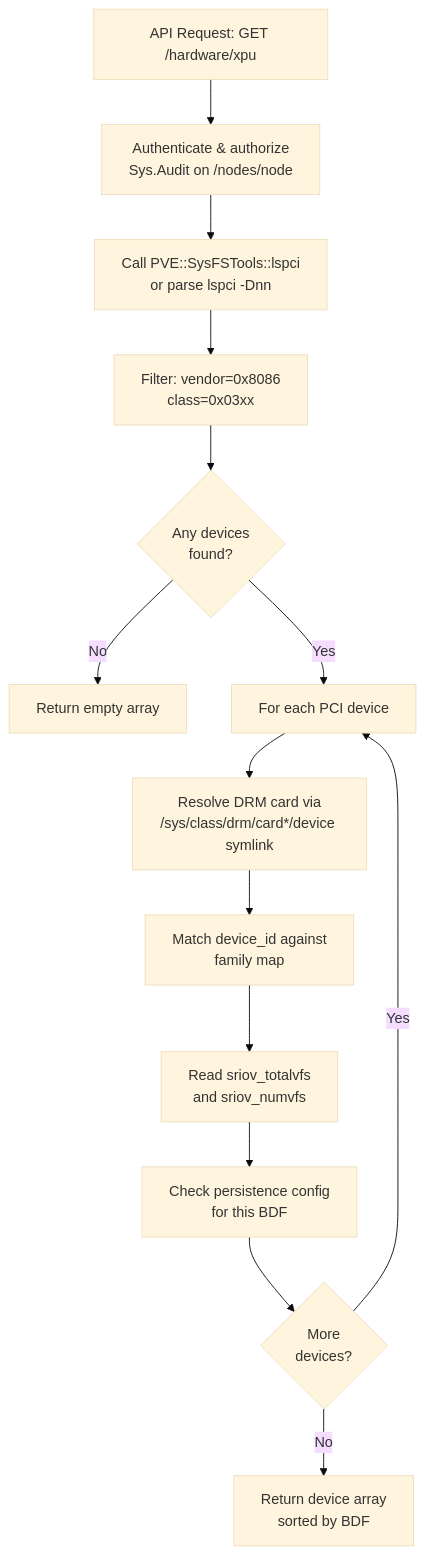
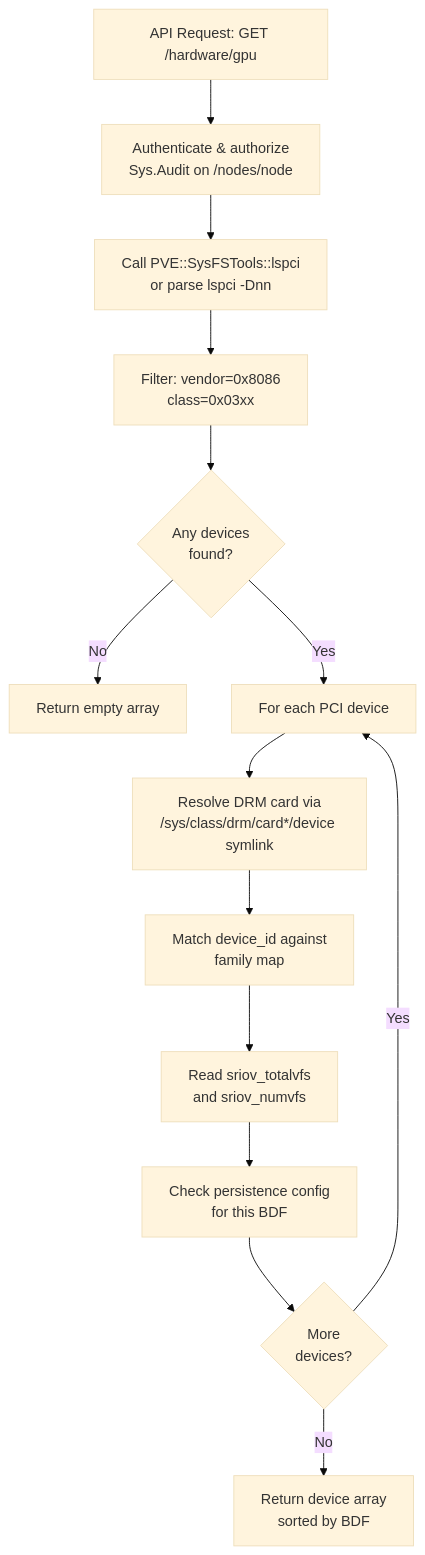
Before and after one commit to Azerothian/pmx-gpu-manager: the first of 11 diagrams in docs/designs.md, drawn with Mermaid (base theme). The commit also changed other lines of this file and 17 other files, not shown here.

First line of the commit message:
Rename Perl modules and API routes from XPU to GPU

````diff
--- a/docs/designs.md
+++ b/docs/designs.md
@@ -159,16 +159,16 @@
 ```mermaid
 flowchart TD
-    A[API Request: GET /hardware/xpu] --> B[Authenticate & authorize<br/>Sys.Audit on /nodes/node]
+    A[API Request: GET /hardware/gpu] --> B[Authenticate & authorize<br/>Sys.Audit on /nodes/node]
     B --> C[Call PVE::SysFSTools::lspci<br/>or parse lspci -Dnn]
     C --> D[Filter: vendor=0x8086<br/>class=0x03xx]
     D --> E{Any devices<br/>found?}
     E -- No --> F[Return empty array]
     E -- Yes --> G[For each PCI device]
     G --> H[Resolve DRM card via<br/>/sys/class/drm/card*/device symlink]
     H --> I[Match device_id against<br/>family map]
     I --> J[Read sriov_totalvfs<br/>and sriov_numvfs]
     J --> K[Check persistence config<br/>for this BDF]
     K --> L{More<br/>devices?}
     L -- Yes --> G
     L -- No --> M[Return device array<br/>sorted by BDF]
 ```
````
